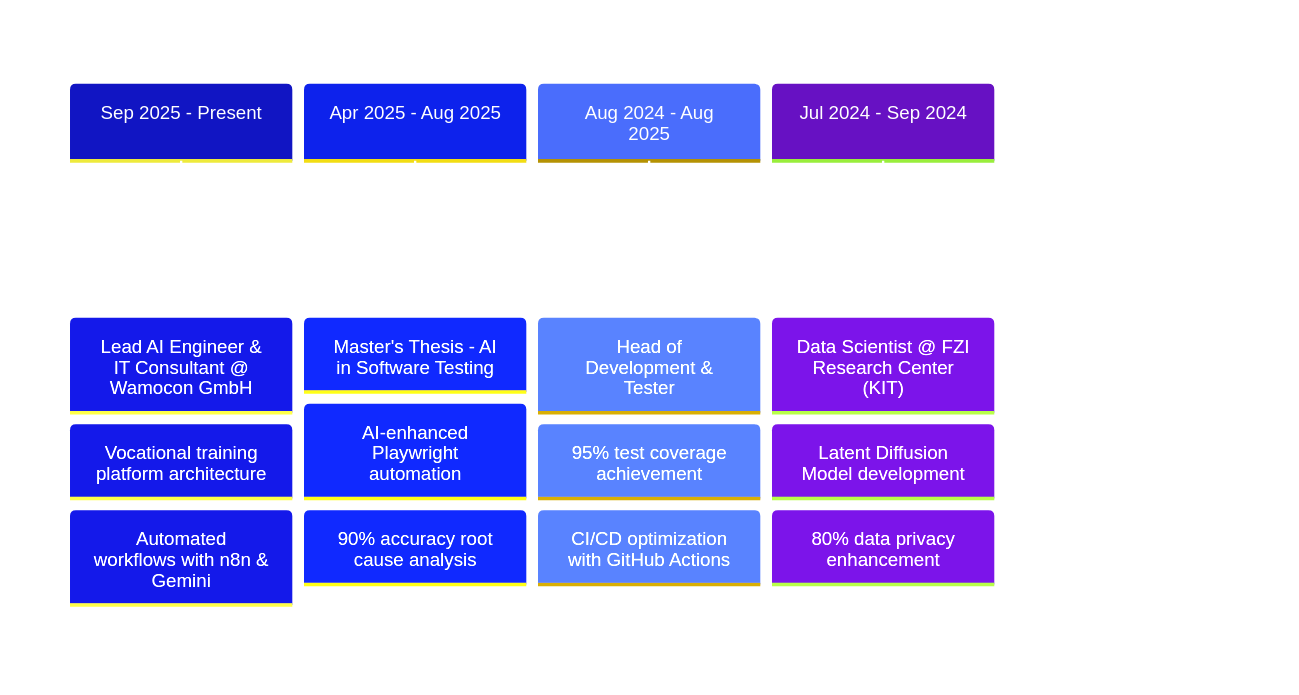
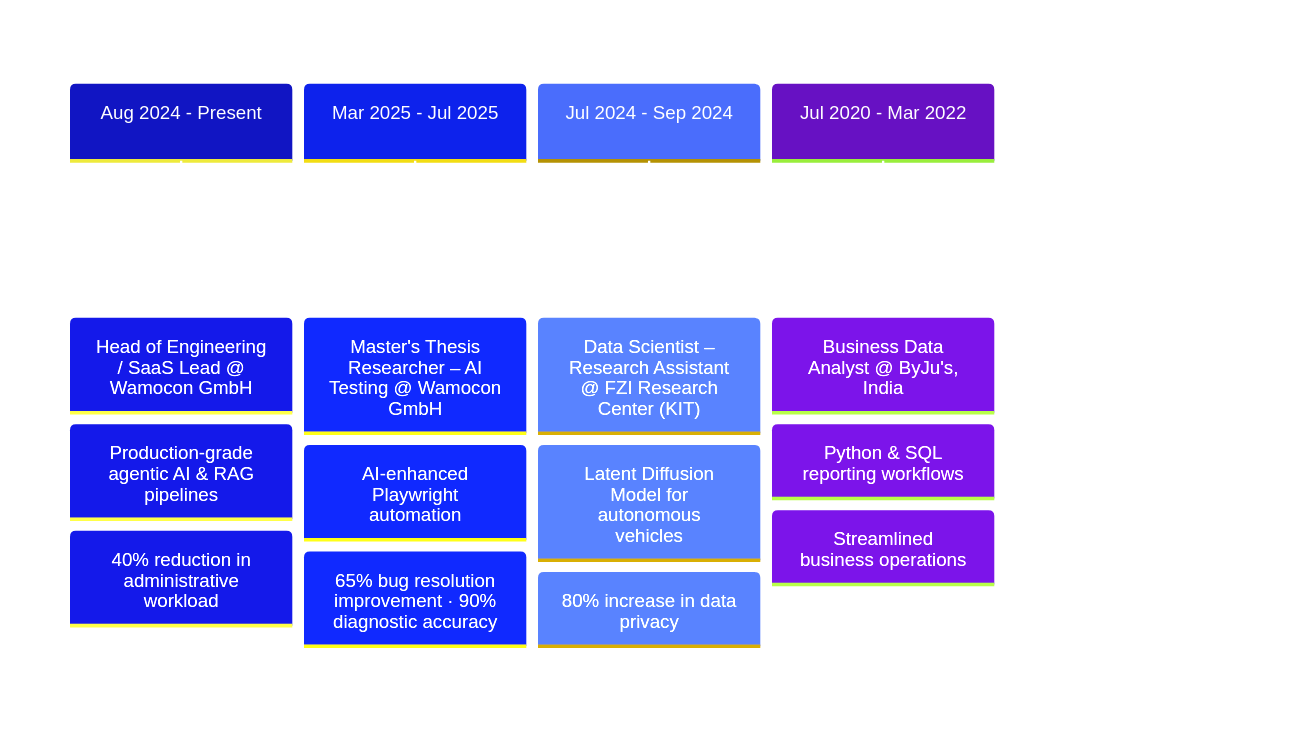
Before and after one commit to yashbhesaniya/yashbhesaniya: the diagram in README.md, drawn with Mermaid. The commit also changed other lines of this file, not shown here.

First line of the commit message:
Update README to match CV: title, years, current role, experience timeline, education, certificates, German level, Angular JS

````diff
--- a/README.md
+++ b/README.md
@@ -130,17 +132,17 @@
 ```mermaid
 %%{init: {'theme':'base', 'themeVariables': { 'primaryColor':'#6366F1','primaryTextColor':'#fff','primaryBorderColor':'#4F46E5','lineColor':'#8B5CF6','secondaryColor':'#818CF8','tertiaryColor':'#C7D2FE'}}}%%
 timeline
     title Professional Journey
-    Sep 2025 - Present : Lead AI Engineer & IT Consultant @ Wamocon GmbH
-                        : Vocational training platform architecture
-                        : Automated workflows with n8n & Gemini
-    Apr 2025 - Aug 2025 : Master's Thesis - AI in Software Testing
+    Aug 2024 - Present : Head of Engineering / SaaS Lead @ Wamocon GmbH
+                        : Production-grade agentic AI & RAG pipelines
+                        : 40% reduction in administrative workload
+    Mar 2025 - Jul 2025 : Master's Thesis Researcher – AI Testing @ Wamocon GmbH
                          : AI-enhanced Playwright automation
-                         : 90% accuracy root cause analysis
-    Aug 2024 - Aug 2025 : Head of Development & Tester
-                         : 95% test coverage achievement
-                         : CI/CD optimization with GitHub Actions
-    Jul 2024 - Sep 2024 : Data Scientist @ FZI Research Center (KIT)
-                         : Latent Diffusion Model development
-                         : 80% data privacy enhancement
+                         : 65% bug resolution improvement · 90% diagnostic accuracy
+    Jul 2024 - Sep 2024 : Data Scientist – Research Assistant @ FZI Research Center (KIT)
+                         : Latent Diffusion Model for autonomous vehicles
+                         : 80% increase in data privacy
+    Jul 2020 - Mar 2022 : Business Data Analyst @ ByJu's, India
+                         : Python & SQL reporting workflows
+                         : Streamlined business operations
 ```
````
